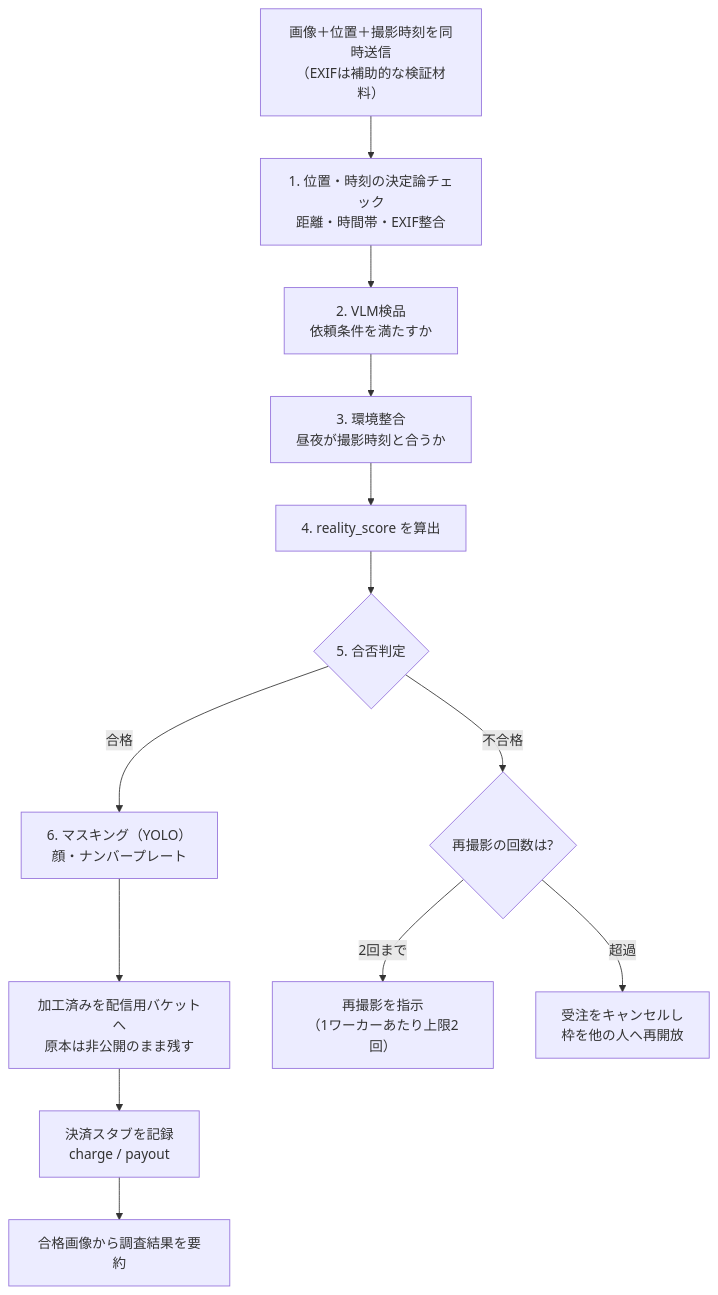
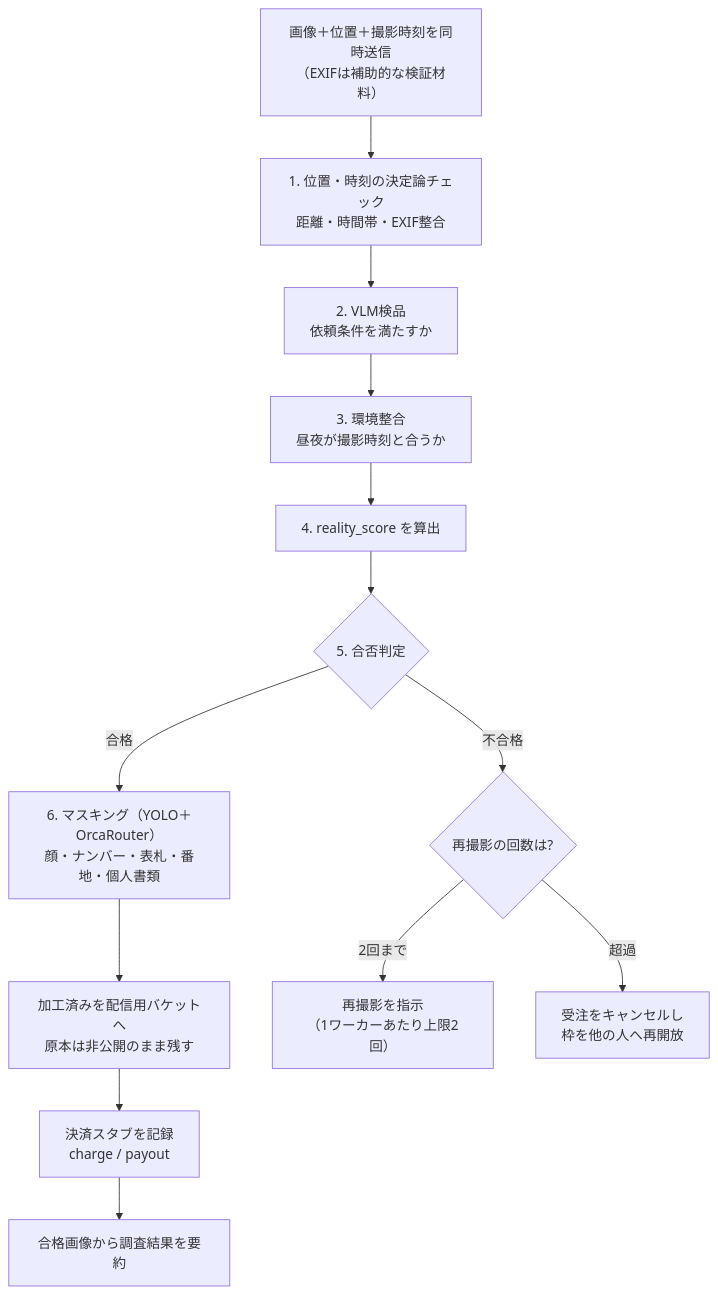
The sixth of 8 diagrams in README.md (Syooosuke/AI-HACK-2026), drawn with Mermaid before and after one commit. The commit also changed other lines of this file, not shown here.

````diff
--- a/README.md
+++ b/README.md
@@ -261,24 +261,24 @@
 ```mermaid
 flowchart TB
     up["画像＋位置＋撮影時刻を同時送信<br/>（EXIFは補助的な検証材料）"]
     c1["1. 位置・時刻の決定論チェック<br/>距離・時間帯・EXIF整合"]
     c2["2. VLM検品<br/>依頼条件を満たすか"]
     c3["3. 環境整合<br/>昼夜が撮影時刻と合うか"]
     sc["4. reality_score を算出"]
     jd{"5. 合否判定"}
 
-    ok["6. マスキング（YOLO）<br/>顔・ナンバープレート"]
+    ok["6. マスキング（YOLO＋OrcaRouter）<br/>顔・ナンバー・表札・番地・個人書類"]
     st["加工済みを配信用バケットへ<br/>原本は非公開のまま残す"]
     pay["決済スタブを記録<br/>charge / payout"]
     sum["合格画像から調査結果を要約"]
 
     ng{"再撮影の回数は?"}
     re["再撮影を指示<br/>（1ワーカーあたり上限2回）"]
     cancel["受注をキャンセルし<br/>枠を他の人へ再開放"]
 
     up --> c1 --> c2 --> c3 --> sc --> jd
     jd -->|合格| ok --> st --> pay --> sum
     jd -->|不合格| ng
     ng -->|2回まで| re
     ng -->|超過| cancel
 ```
````
